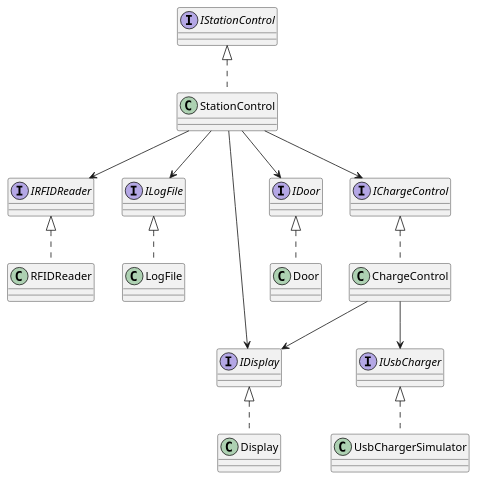
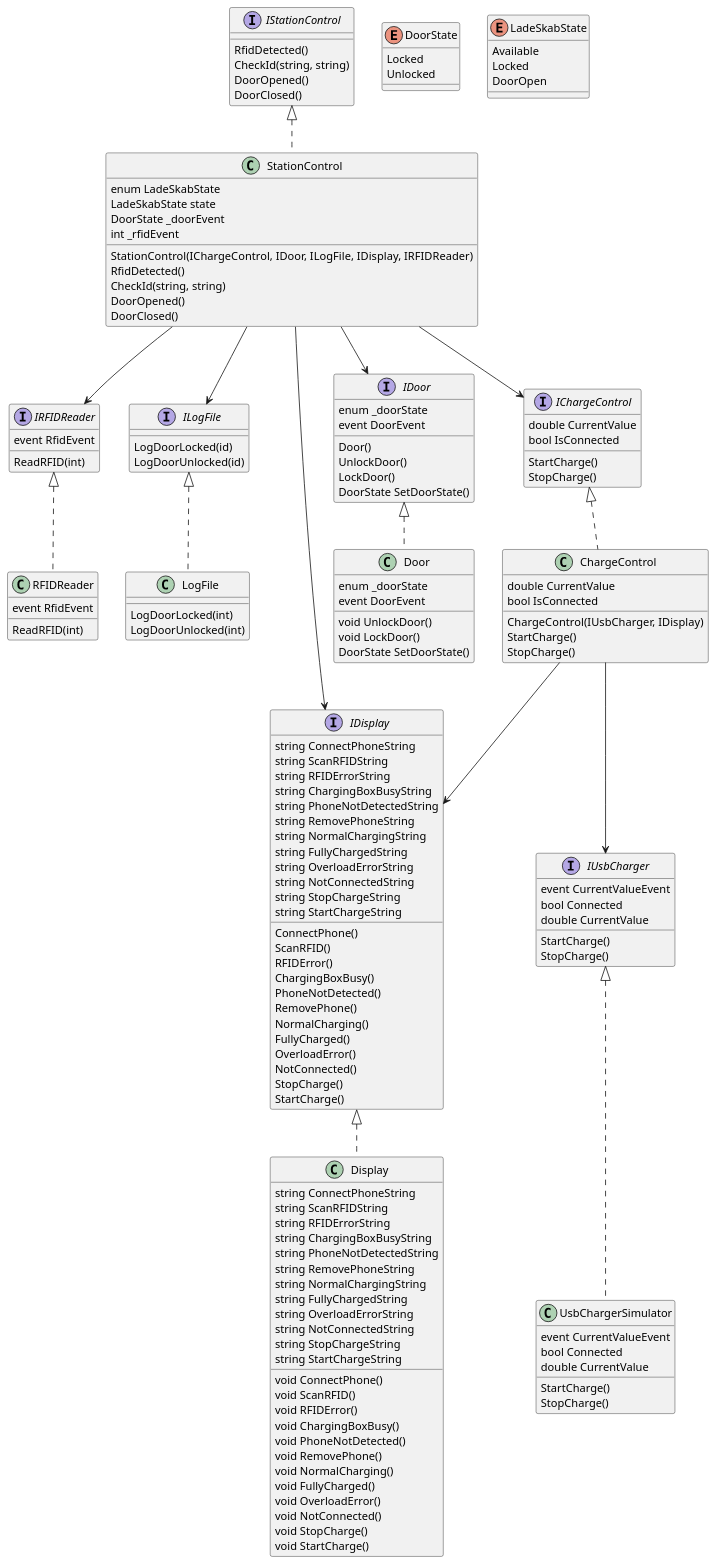
The diagram in diagrams/ChargingBoxCD.puml (MartinStokholm/SWTExercise2), drawn with PlantUML before and after one commit.

Commit message:
classdiagram updated

```diff
--- a/diagrams/ChargingBoxCD.puml
+++ b/diagrams/ChargingBoxCD.puml
@@ -1,39 +1,178 @@
 @startuml
 
 
-class StationControl
-class ChargeControl
-class Door 
-class Display 
-class LogFile
-class RFIDReader
-class UsbChargerSimulator
+class StationControl{
+    enum LadeSkabState
+    LadeSkabState state
+    DoorState _doorEvent
+    int _rfidEvent
+    StationControl(IChargeControl, IDoor, ILogFile, IDisplay, IRFIDReader)
+    RfidDetected()
+    CheckId(string, string)
+    DoorOpened()
+    DoorClosed()
 
-interface IStationControl
-interface IChargeControl
-interface IDoor 
-interface IDisplay 
-interface ILogFile
-interface IRFIDReader
-interface IUsbCharger
+
+
+}
+class ChargeControl{
+    double CurrentValue
+    bool IsConnected
+    ChargeControl(IUsbCharger, IDisplay)
+    StartCharge()
+    StopCharge()
+
+}
+class Door {
+    enum _doorState
+    event DoorEvent
+    void UnlockDoor()
+    void LockDoor()
+    DoorState SetDoorState()
+}
+
+class Display{
+    void ConnectPhone()
+    void ScanRFID()
+    void RFIDError()
+    void ChargingBoxBusy()
+    void PhoneNotDetected()
+    void RemovePhone()
+    void NormalCharging()
+    void FullyCharged()
+    void OverloadError()
+    void NotConnected()
+    void StopCharge()
+    void StartCharge()
+
+        string ConnectPhoneString
+        string ScanRFIDString
+        string RFIDErrorString
+        string ChargingBoxBusyString
+        string PhoneNotDetectedString
+        string RemovePhoneString
+        string NormalChargingString
+        string FullyChargedString
+        string OverloadErrorString
+        string NotConnectedString
+        string StopChargeString
+        string StartChargeString
+} 
+
+class LogFile{
+    LogDoorLocked(int)
+    LogDoorUnlocked(int)
+}
+
+class RFIDReader{
+    ReadRFID(int)
+    event RfidEvent
+}
+
+class UsbChargerSimulator{
+    event CurrentValueEvent
+    StartCharge()
+    StopCharge()
+    bool Connected
+    double CurrentValue
+}
+
+interface IStationControl{
+    RfidDetected()
+    CheckId(string, string)
+    DoorOpened()
+    DoorClosed()
+}
+interface IChargeControl{
+    double CurrentValue
+    bool IsConnected
+    StartCharge()
+    StopCharge()
+}
+interface IDoor {
+    enum _doorState
+    event DoorEvent
+    Door()
+    UnlockDoor()
+    LockDoor()
+    DoorState SetDoorState()
+}
+
+interface IDisplay {
+        ConnectPhone()
+        ScanRFID()
+        RFIDError()
+        ChargingBoxBusy()
+        PhoneNotDetected()
+        RemovePhone()
+        NormalCharging()
+        FullyCharged()
+        OverloadError()
+        NotConnected()
+        StopCharge()
+        StartCharge()
+
+        string ConnectPhoneString
+        string ScanRFIDString
+        string RFIDErrorString
+        string ChargingBoxBusyString
+        string PhoneNotDetectedString
+        string RemovePhoneString
+        string NormalChargingString
+        string FullyChargedString
+        string OverloadErrorString
+        string NotConnectedString
+        string StopChargeString
+        string StartChargeString
+}
+
+
+interface ILogFile{
+    LogDoorLocked(id)
+    LogDoorUnlocked(id)
+}
+
+interface IRFIDReader{
+    ReadRFID(int)
+    event RfidEvent
+}
+interface IUsbCharger{
+    event CurrentValueEvent
+    StartCharge()
+    StopCharge()
+    bool Connected
+    double CurrentValue
+}
+
+enum DoorState{
+    Locked
+    Unlocked
+}
+
+enum LadeSkabState{
+    Available
+    Locked
+    DoorOpen
+}
 
 
 StationControl .u.|> IStationControl
 ChargeControl .u.|> IChargeControl
 Door .u.|> IDoor
 Display .u.|> IDisplay
 LogFile .u.|> ILogFile
 RFIDReader .u.|> IRFIDReader
 UsbChargerSimulator .u.|> IUsbCharger
 
 StationControl --> IChargeControl
 StationControl --> IDisplay
 StationControl --> ILogFile
 StationControl --> IDoor
 StationControl --> IRFIDReader
 
 ChargeControl --> IUsbCharger
 ChargeControl --> IDisplay
 
 
+
 @enduml
```
